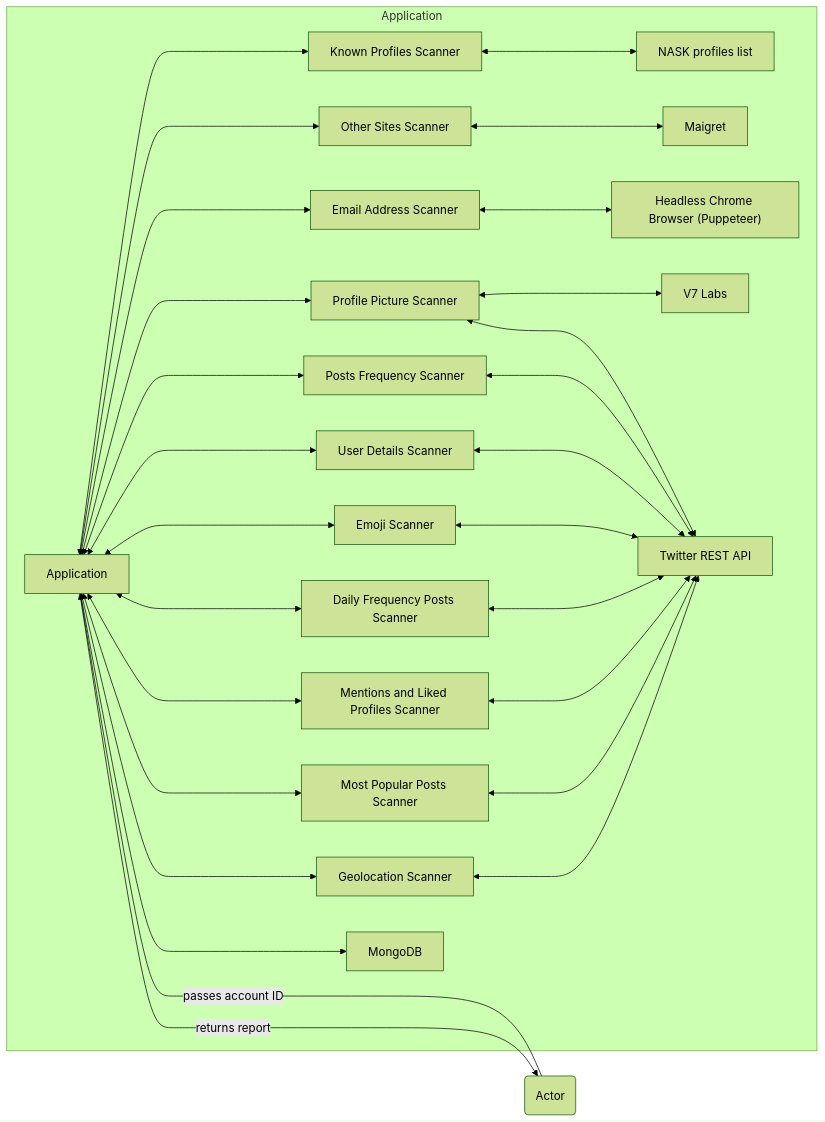
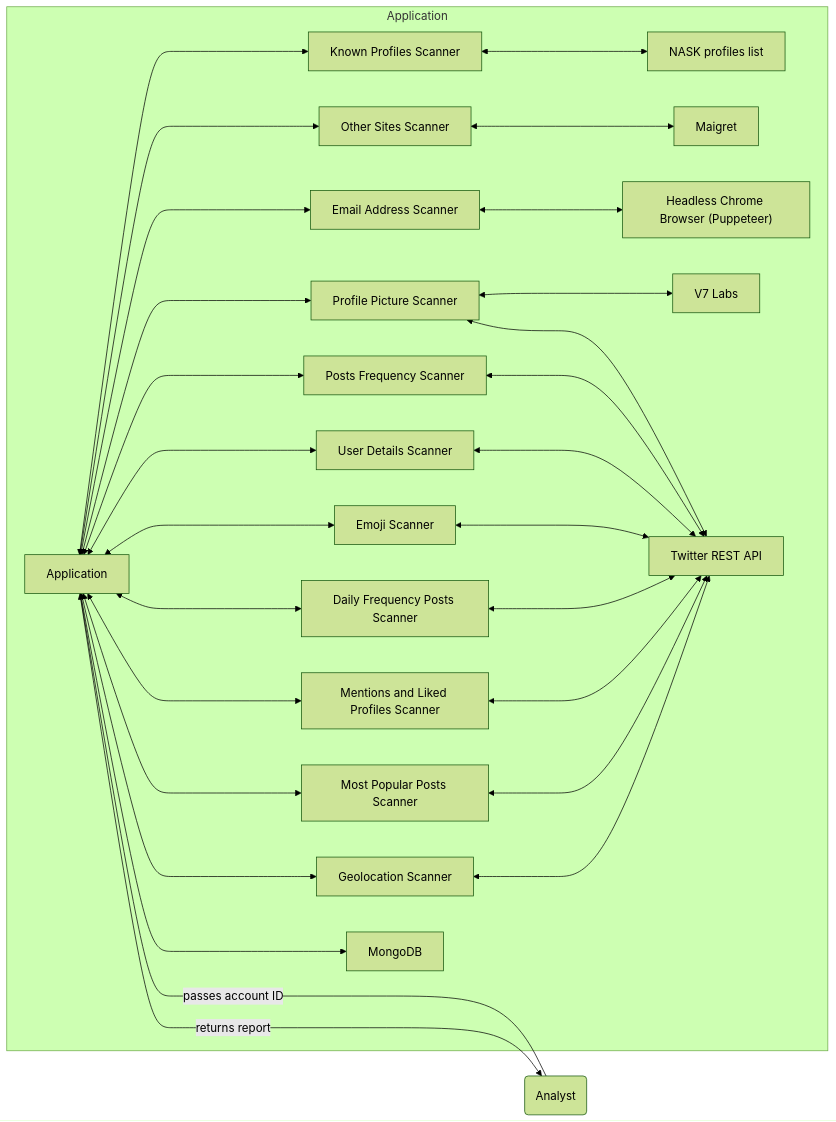
The first of 2 diagrams in README.md (elszczepano/master-thesis-automation), drawn with Mermaid (forest theme) before and after one commit. The commit also changed other lines of this file, not shown here.

Commit message:
use more purposeful name

````diff
--- a/README.md
+++ b/README.md
@@ -29,31 +29,31 @@
 ```mermaid
 flowchart RL
-    A(Actor) -- passes account ID ----> B[Application]
+    A(Analyst) -- passes account ID ----> B[Application]
     B -- returns report --> A
     subgraph Application
         C[Email Address Scanner] <---> B
         E[Posts Frequency Scanner] <---> B
         F[User Details Scanner] <---> B
         G[Emoji Scanner] <---> B
         K[Daily Frequency Posts Scanner]  <---> B
         L[Mentions and Liked Profiles Scanner]  <---> B
         D[Profile Picture Scanner] <---> B
         N[Known Profiles Scanner] <---> B
         O[NASK profiles list] <---> N
         R[Other Sites Scanner] <---> B
         S[Maigret] <---> R
         T[Most Popular Posts Scanner] <---> B
         U[Geolocation Scanner] <---> B
         M[MongoDB] <---> B
         H["Headless Chrome Browser (Puppeteer)"] <---> C
         I[V7 Labs] <---> D
         J[Twitter REST API] <---> D
         J <---> E
         J <---> F
         J <---> G
         J <---> K
         J <---> L
         J <---> T
         J <---> U
     end
 ```
````
